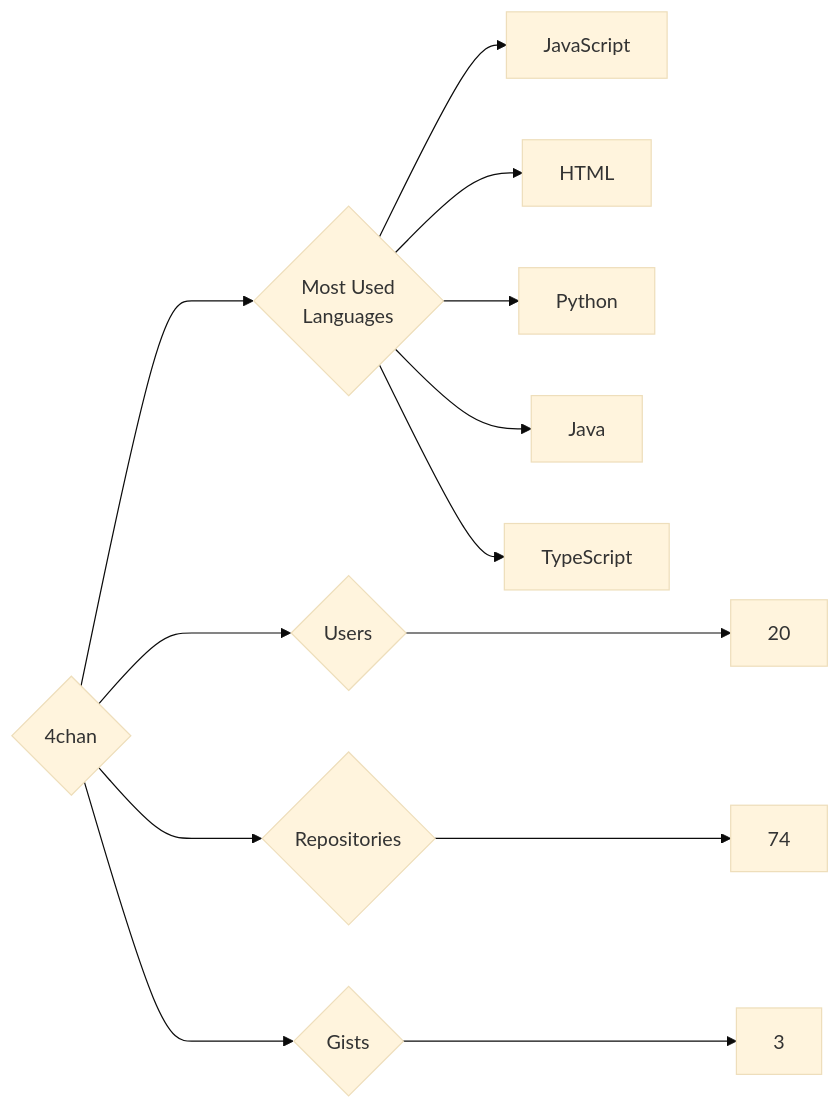
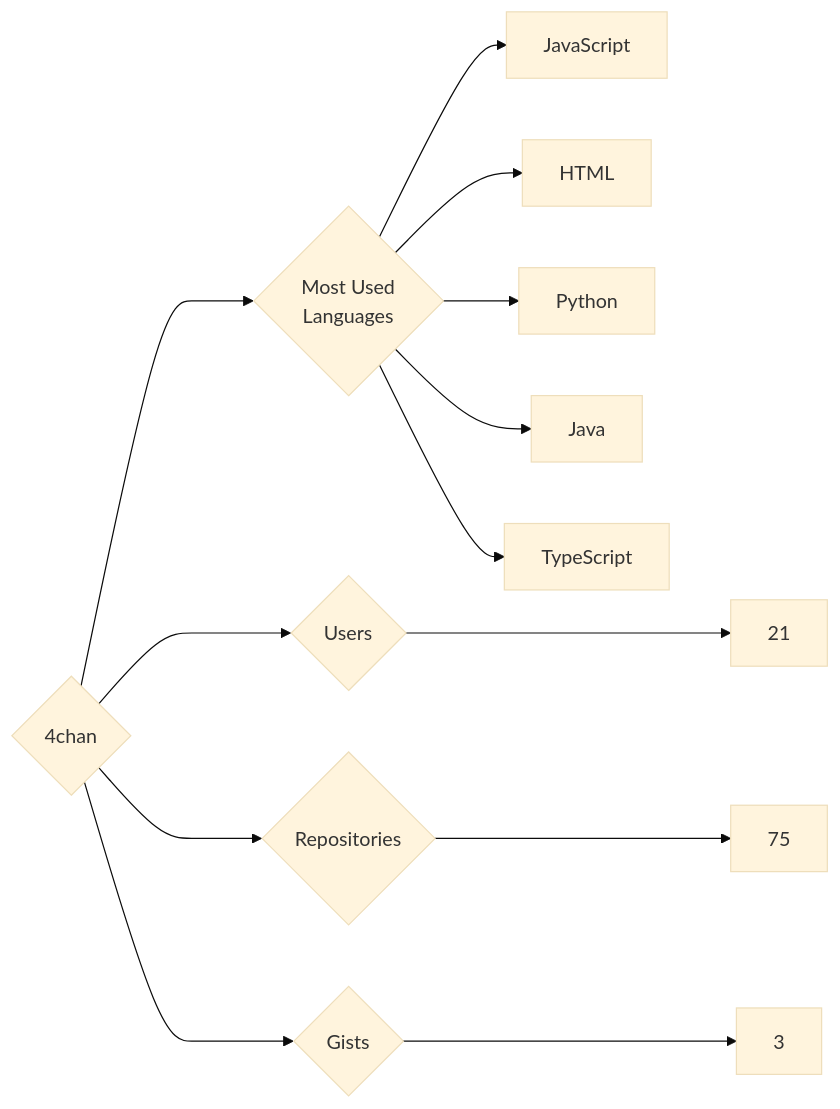
One commit to trickest/insiders changed the diagram in targets/4chan/README.md. Above: the diagram before and after it, drawn with Mermaid (base theme). The commit also changed 736 other files, not shown here.

````diff
--- a/targets/4chan/README.md
+++ b/targets/4chan/README.md
@@ -3,13 +3,13 @@
 ```mermaid
 graph LR
 COMPANY_NAME{4chan}
-COMPANY_NAME ---> U{Users} ---> UN[20]
-COMPANY_NAME ---> R{Repositories} ---> RN[74]
+COMPANY_NAME ---> U{Users} ---> UN[21]
+COMPANY_NAME ---> R{Repositories} ---> RN[75]
 COMPANY_NAME ---> G{Gists} ---> GN[3]
 COMPANY_NAME ---> ML{Most Used<br>Languages}
 ML --> JavaScript[JavaScript]
 ML --> HTML[HTML]
 ML --> Python[Python]
 ML --> Java[Java]
 ML --> TypeScript[TypeScript]
 ```
````
